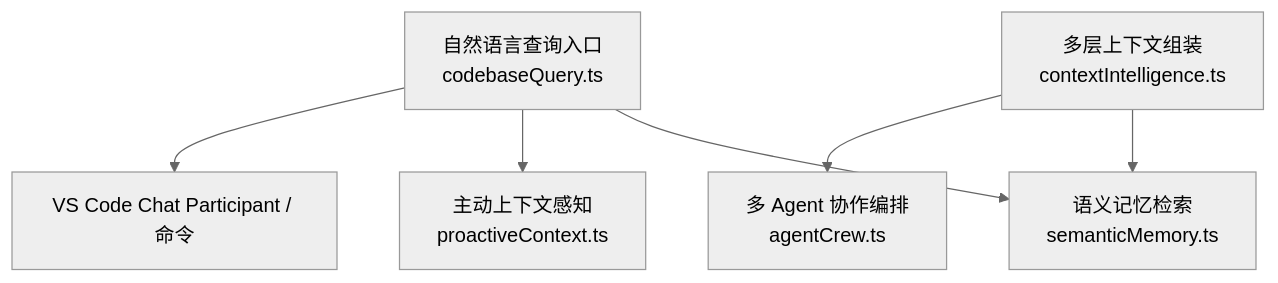
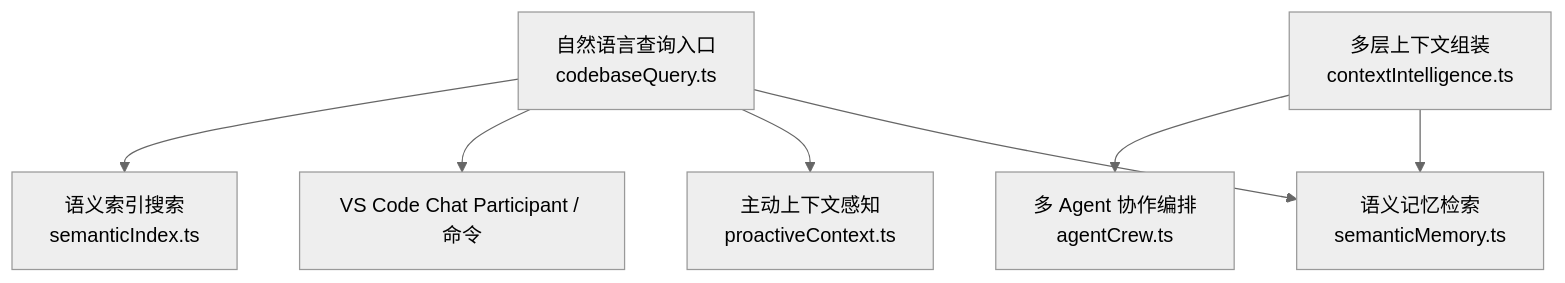
One commit to sofate798/KodrixCode changed the first of 8 diagrams in .qoder/repowiki/zh/content/架构设计/代码库智能架构/代码库查询系统.md. Above: the diagram before and after it, drawn with Mermaid (neutral theme). The commit also changed other lines of this file and 4 other files, not shown here.

````diff
--- a/.qoder/repowiki/zh/content/架构设计/代码库智能架构/代码库查询系统.md
+++ b/.qoder/repowiki/zh/content/架构设计/代码库智能架构/代码库查询系统.md
@@ -43,8 +53,9 @@
 ```mermaid
 graph TB
 A["自然语言查询入口<br/>codebaseQuery.ts"] --> B["语义记忆检索<br/>semanticMemory.ts"]
 A --> C["主动上下文感知<br/>proactiveContext.ts"]
 D["多层上下文组装<br/>contextIntelligence.ts"] --> B
 D --> E["多 Agent 协作编排<br/>agentCrew.ts"]
 A --> F["VS Code Chat Participant / 命令"]
+A --> G["语义索引搜索<br/>semanticIndex.ts"]
 ```
````
